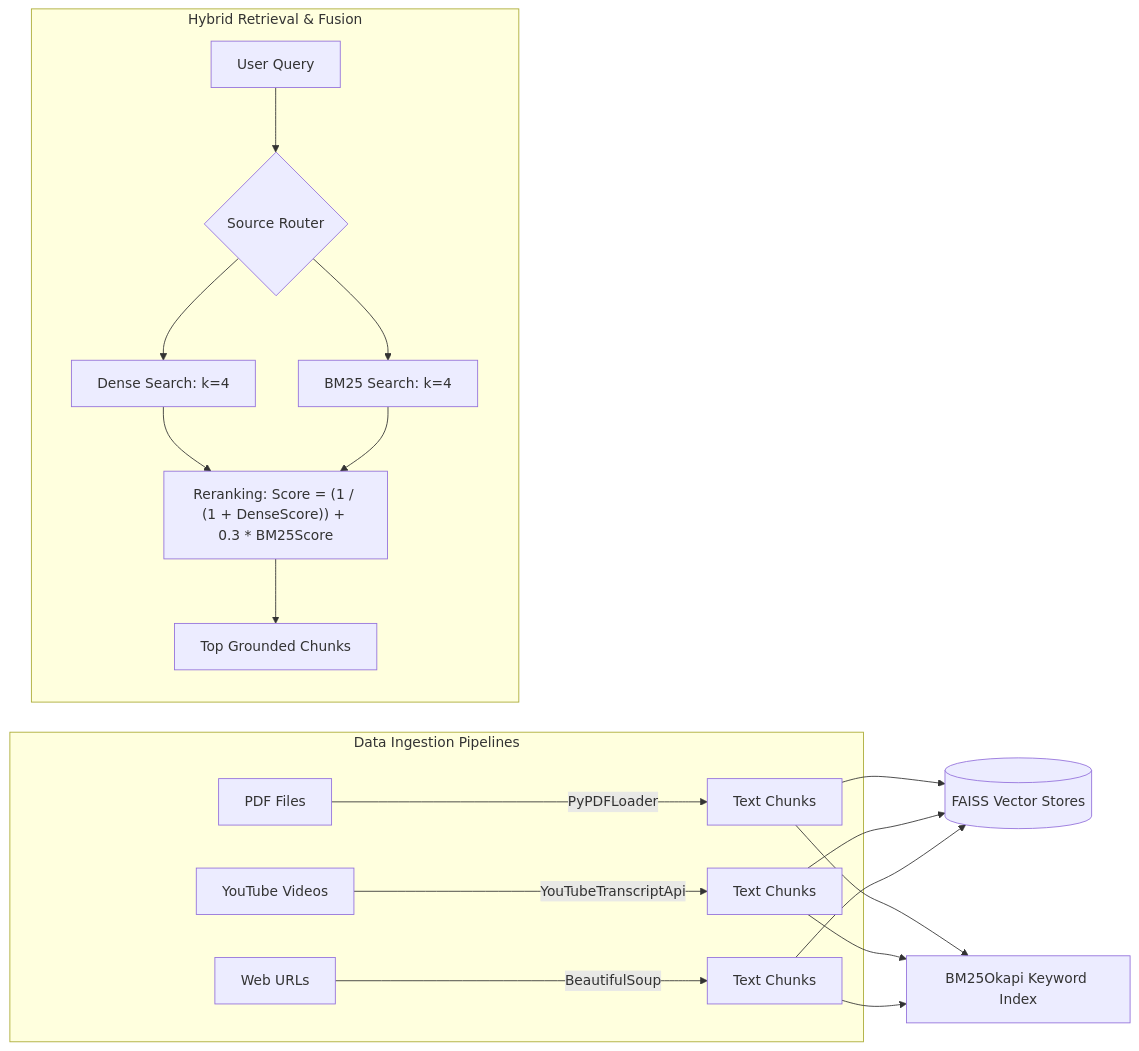
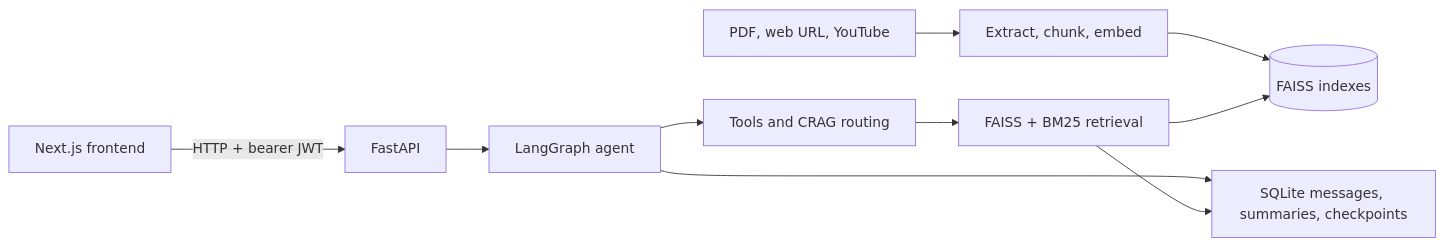
Before and after one commit to MAbdullah005/NexusAI-Agentic-RAG-Assistant: the diagram in README.md, drawn with Mermaid. The commit also changed other lines of this file and 222 other files, not shown here.

````diff
--- a/README.md
+++ b/README.md
@@ -190,25 +19,12 @@
 ```mermaid
 flowchart LR
-    subgraph Ingestion[Data Ingestion Pipelines]
-        PDF[PDF Files] -->|PyPDFLoader| PDFChunks[Text Chunks]
-        YT[YouTube Videos] -->|YouTubeTranscriptApi| YTChunks[Text Chunks]
-        WEB[Web URLs] -->|BeautifulSoup| WEBChunks[Text Chunks]
-    end
-
-    PDFChunks --> FAISS_INDEX[(FAISS Vector Stores)]
-    YTChunks --> FAISS_INDEX
-    WEBChunks --> FAISS_INDEX
-
-    PDFChunks --> BM25_INDEX[BM25Okapi Keyword Index]
-    YTChunks --> BM25_INDEX
-    WEBChunks --> BM25_INDEX
-
-    subgraph QueryExecution[Hybrid Retrieval & Fusion]
-        Q[User Query] --> Router{Source Router}
-        Router --> Dense[Dense Search: k=4]
-        Router --> Sparse[BM25 Search: k=4]
-        Dense --> ScoreFusion["Reranking: Score = (1 / (1 + DenseScore)) + 0.3 * BM25Score"]
-        Sparse --> ScoreFusion
-        ScoreFusion --> TopChunks[Top Grounded Chunks]
-    end
+    Browser[Next.js frontend] -->|HTTP + bearer JWT| API[FastAPI]
+    API --> Graph[LangGraph agent]
+    Graph --> Tools[Tools and CRAG routing]
+    Graph --> Memory[SQLite messages, summaries, checkpoints]
+    Sources[PDF, web URL, YouTube] --> Ingest[Extract, chunk, embed]
+    Ingest --> FAISS[(FAISS indexes)]
+    Tools --> Retrieve[FAISS + BM25 retrieval]
+    Retrieve --> FAISS
+    Retrieve --> Memory
 ```
````
